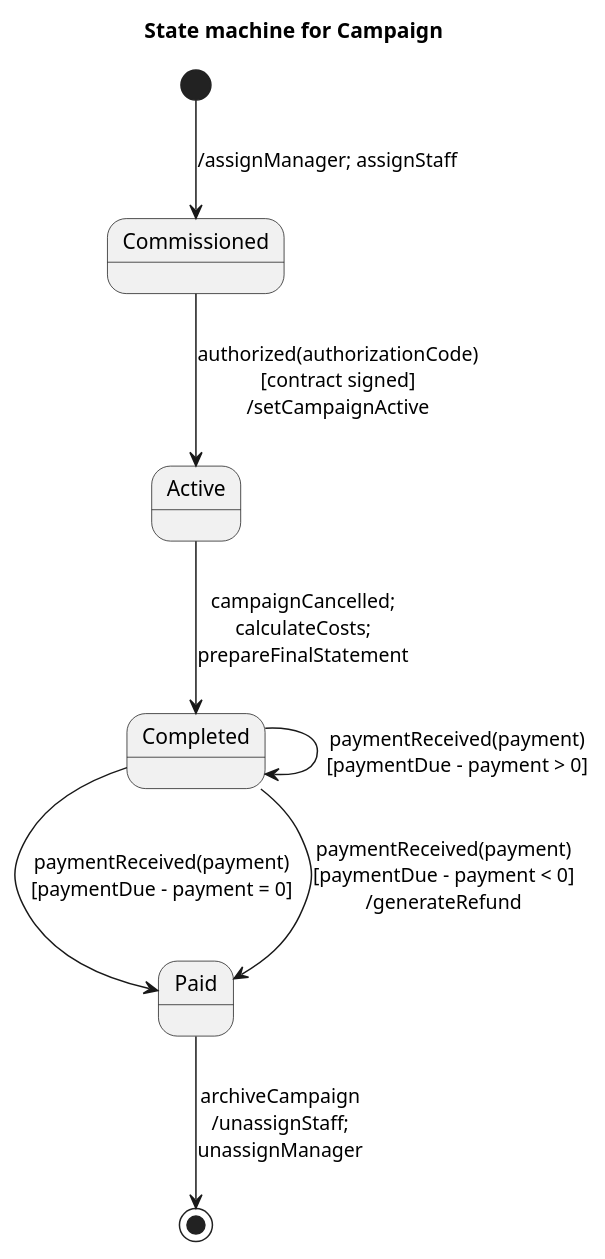
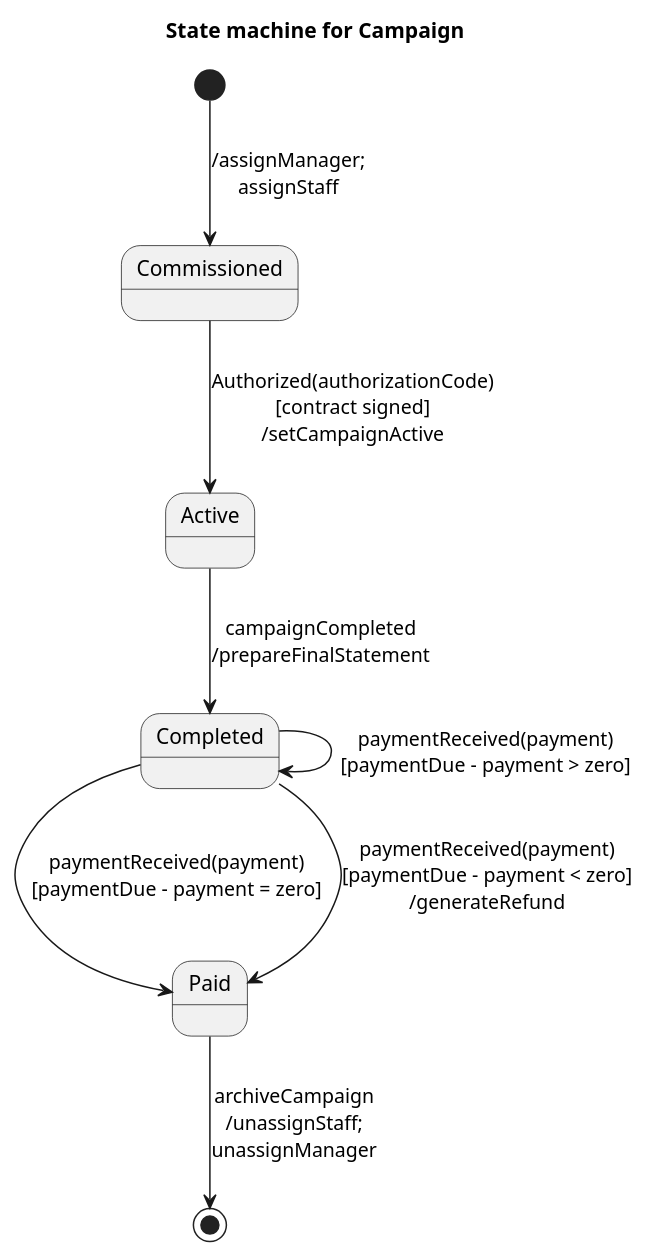
Before and after one commit to maimunafaria/State_transition_Diagram_generated_by_LLM: the diagram in results/plantuml_pipeline/runs/open_source__llama31_8b_instruct__rag_validation_generator_critic_repair/case_78_class_campaign_version_2/run_01.puml, drawn with PlantUML. The commit also changed 210 other files, not shown here.

```diff
--- a/results/plantuml_pipeline/runs/open_source__llama31_8b_instruct__rag_validation_generator_critic_repair/case_78_class_campaign_version_2/run_01.puml
+++ b/results/plantuml_pipeline/runs/open_source__llama31_8b_instruct__rag_validation_generator_critic_repair/case_78_class_campaign_version_2/run_01.puml
@@ -1,21 +1,21 @@
 @startuml
 title State machine for Campaign
 
 state Commissioned
 state Active
 state Completed
 state Paid
 
-[*] --> Commissioned : /assignManager; assignStaff
+[*] --> Commissioned : /assignManager;\nassignStaff
 
-Commissioned --> Active : authorized(authorizationCode)\n[contract signed]\n/setCampaignActive
+Commissioned --> Active : Authorized(authorizationCode)\n[contract signed]\n/setCampaignActive
 
-Active --> Completed : campaignCancelled;\ncalculateCosts;\nprepareFinalStatement
+Active --> Completed : campaignCompleted\n/prepareFinalStatement
 
-Completed --> Paid : paymentReceived(payment)\n[paymentDue - payment = 0]
-Completed --> Completed : paymentReceived(payment)\n[paymentDue - payment > 0]
-Completed --> Paid : paymentReceived(payment)\n[paymentDue - payment < 0]\n/generateRefund
+Completed --> Paid : paymentReceived(payment)\n[paymentDue - payment = zero]
+Completed --> Completed : paymentReceived(payment)\n[paymentDue - payment > zero]
+Completed --> Paid : paymentReceived(payment)\n[paymentDue - payment < zero]\n/generateRefund
 
 Paid --> [*] : archiveCampaign\n/unassignStaff;\nunassignManager
 
 @enduml
```
